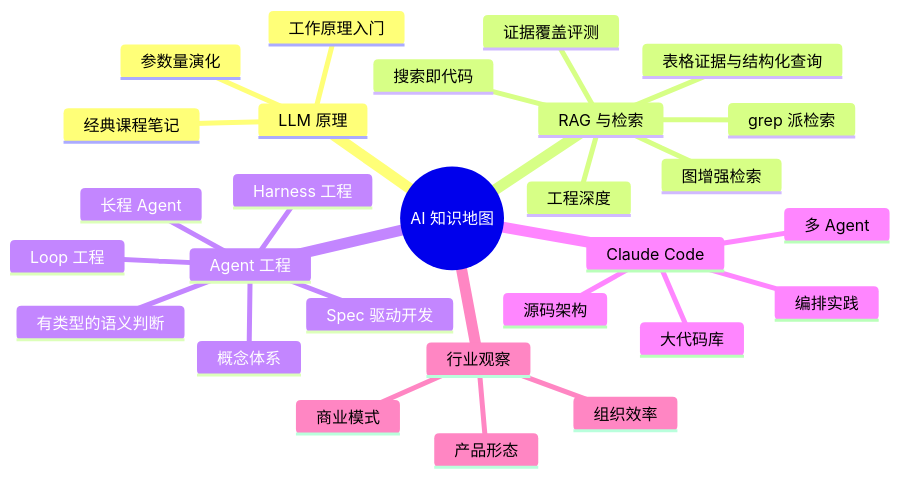
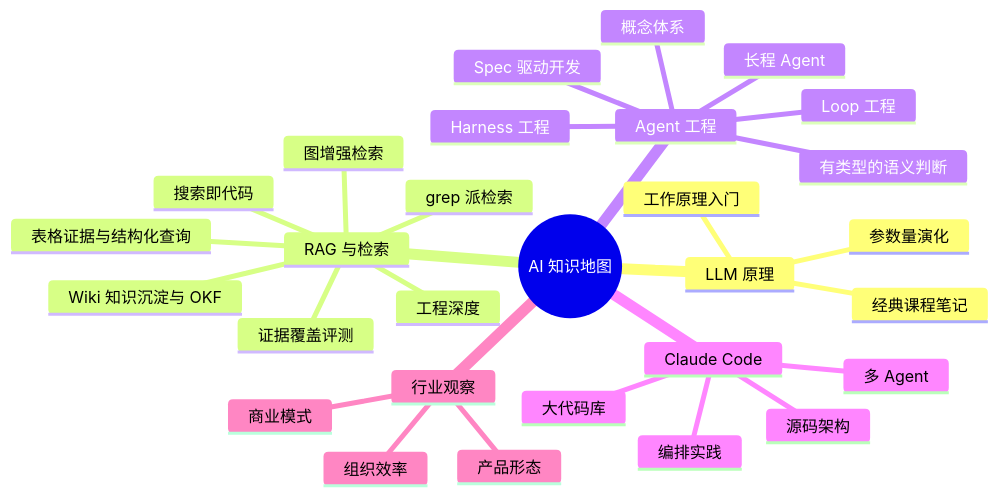
One commit to puppylpg/puppylpg.github.io changed the diagram in _wiki/ai-llm-agent.md. Above: the diagram before and after it, drawn with Mermaid. The commit also changed other lines of this file and 1 other file, not shown here.

Commit message:
docs: publish OKF research through Skill comparison

````diff
--- a/_wiki/ai-llm-agent.md
+++ b/_wiki/ai-llm-agent.md
@@ -25,31 +25,32 @@
 ```mermaid
 mindmap
   root((AI 知识地图))
     LLM 原理
       工作原理入门
       参数量演化
       经典课程笔记
     RAG 与检索
       工程深度
       图增强检索
       grep 派检索
       搜索即代码
       证据覆盖评测
       表格证据与结构化查询
+      Wiki 知识沉淀与 OKF
     Agent 工程
       概念体系
       Harness 工程
       Loop 工程
       长程 Agent
       Spec 驱动开发
       有类型的语义判断
     Claude Code
       源码架构
       多 Agent
       大代码库
       编排实践
     行业观察
       产品形态
       商业模式
       组织效率
 ```
````
